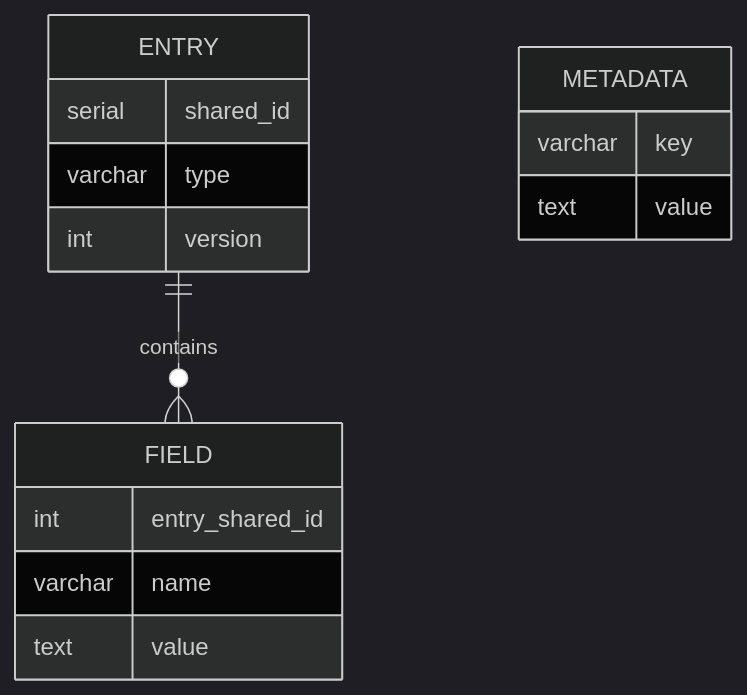
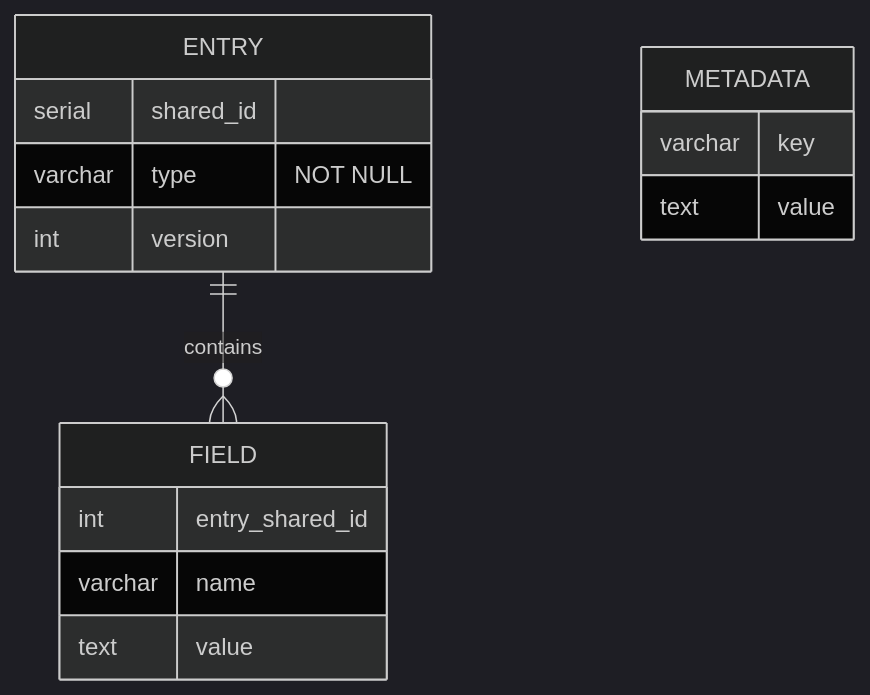
The diagram in docs/code-howtos/remote-storage-sql.md (JabRef/jabref), drawn with Mermaid (dark theme) before and after one commit. The commit also changed 3 other files, not shown here.

````diff
--- a/docs/code-howtos/remote-storage-sql.md
+++ b/docs/code-howtos/remote-storage-sql.md
@@ -31,18 +31,18 @@
 ```mermaid
 erDiagram
     ENTRY ||--o{ FIELD : contains
     ENTRY {
         serial shared_id
-        varchar type
+        varchar type "NOT NULL"
         int version
     }
     FIELD {
         int entry_shared_id
         varchar name
         text value
     }
     METADATA {
         varchar key
         text value
     }
 ```
````
